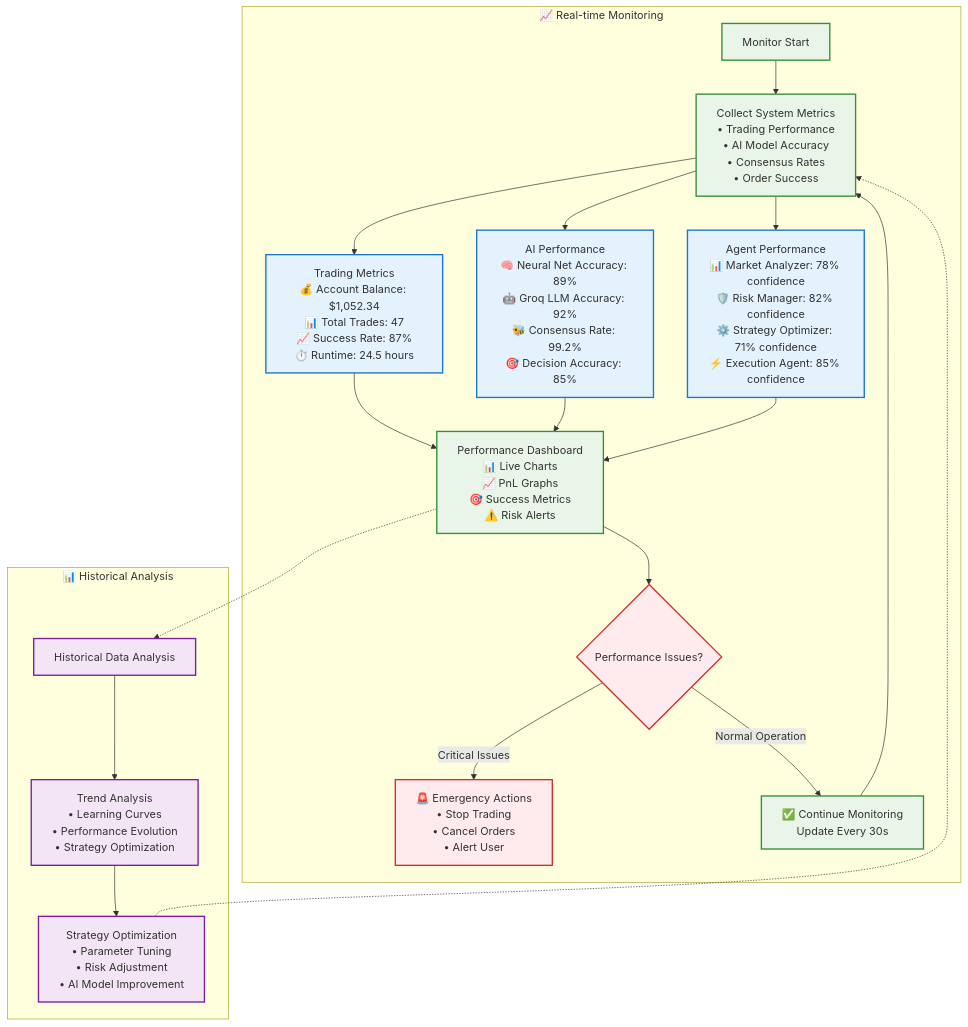
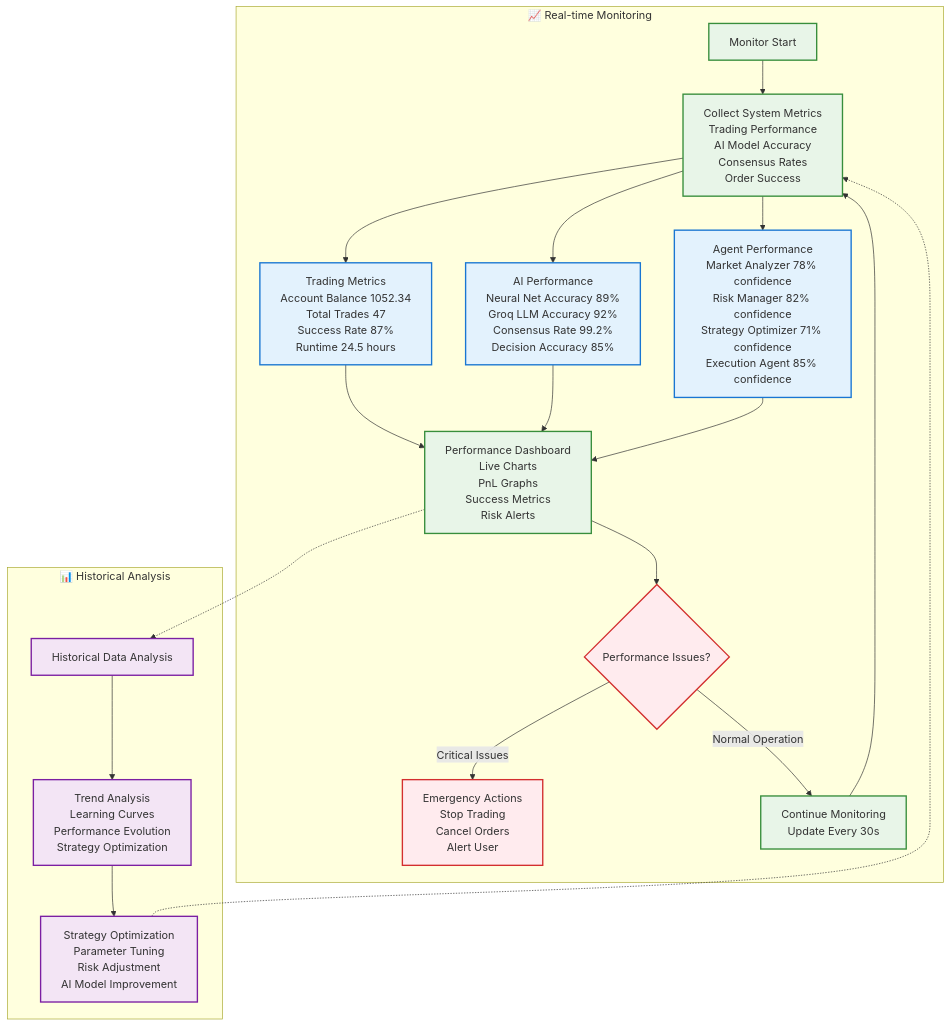
The fifth of 6 diagrams in AI_SWARM_SYSTEM_FLOW_DIAGRAM.md (Rahul-Prasad-07/Julia-bot), drawn with Mermaid before and after one commit. The commit also changed other lines of this file, not shown here.

````diff
--- a/AI_SWARM_SYSTEM_FLOW_DIAGRAM.md
+++ b/AI_SWARM_SYSTEM_FLOW_DIAGRAM.md
@@ -237,40 +237,40 @@
 ```mermaid
 graph TB
     subgraph "📈 Real-time Monitoring"
-        MONITOR_START[Monitor Start] --> COLLECT_METRICS[Collect System Metrics<br/>• Trading Performance<br/>• AI Model Accuracy<br/>• Consensus Rates<br/>• Order Success]
+        MONITOR_START[Monitor Start] --> COLLECT_METRICS[Collect System Metrics<br/>Trading Performance<br/>AI Model Accuracy<br/>Consensus Rates<br/>Order Success]
         
-        COLLECT_METRICS --> TRADING_METRICS[Trading Metrics<br/>💰 Account Balance: $1,052.34<br/>📊 Total Trades: 47<br/>📈 Success Rate: 87%<br/>⏱️ Runtime: 24.5 hours]
+        COLLECT_METRICS --> TRADING_METRICS[Trading Metrics<br/>Account Balance 1052.34<br/>Total Trades 47<br/>Success Rate 87%<br/>Runtime 24.5 hours]
         
-        COLLECT_METRICS --> AI_METRICS[AI Performance<br/>🧠 Neural Net Accuracy: 89%<br/>🤖 Groq LLM Accuracy: 92%<br/>🐝 Consensus Rate: 99.2%<br/>🎯 Decision Accuracy: 85%]
+        COLLECT_METRICS --> AI_METRICS[AI Performance<br/>Neural Net Accuracy 89%<br/>Groq LLM Accuracy 92%<br/>Consensus Rate 99.2%<br/>Decision Accuracy 85%]
         
-        COLLECT_METRICS --> AGENT_METRICS[Agent Performance<br/>📊 Market Analyzer: 78% confidence<br/>🛡️ Risk Manager: 82% confidence<br/>⚙️ Strategy Optimizer: 71% confidence<br/>⚡ Execution Agent: 85% confidence]
+        COLLECT_METRICS --> AGENT_METRICS[Agent Performance<br/>Market Analyzer 78% confidence<br/>Risk Manager 82% confidence<br/>Strategy Optimizer 71% confidence<br/>Execution Agent 85% confidence]
         
-        TRADING_METRICS --> DASHBOARD[Performance Dashboard<br/>📊 Live Charts<br/>📈 PnL Graphs<br/>🎯 Success Metrics<br/>⚠️ Risk Alerts]
+        TRADING_METRICS --> DASHBOARD[Performance Dashboard<br/>Live Charts<br/>PnL Graphs<br/>Success Metrics<br/>Risk Alerts]
         AI_METRICS --> DASHBOARD
         AGENT_METRICS --> DASHBOARD
         
         DASHBOARD --> ALERTS{Performance Issues?}
-        ALERTS -->|Critical Issues| EMERGENCY[🚨 Emergency Actions<br/>• Stop Trading<br/>• Cancel Orders<br/>• Alert User]
-        ALERTS -->|Normal Operation| CONTINUE[✅ Continue Monitoring<br/>Update Every 30s]
+        ALERTS -->|Critical Issues| EMERGENCY[Emergency Actions<br/>Stop Trading<br/>Cancel Orders<br/>Alert User]
+        ALERTS -->|Normal Operation| CONTINUE[Continue Monitoring<br/>Update Every 30s]
         
         CONTINUE --> COLLECT_METRICS
     end
 
     subgraph "📊 Historical Analysis"
-        HISTORICAL[Historical Data Analysis] --> TREND_ANALYSIS[Trend Analysis<br/>• Learning Curves<br/>• Performance Evolution<br/>• Strategy Optimization]
-        TREND_ANALYSIS --> OPTIMIZATION[Strategy Optimization<br/>• Parameter Tuning<br/>• Risk Adjustment<br/>• AI Model Improvement]
+        HISTORICAL[Historical Data Analysis] --> TREND_ANALYSIS[Trend Analysis<br/>Learning Curves<br/>Performance Evolution<br/>Strategy Optimization]
+        TREND_ANALYSIS --> OPTIMIZATION[Strategy Optimization<br/>Parameter Tuning<br/>Risk Adjustment<br/>AI Model Improvement]
     end
 
     DASHBOARD -.-> HISTORICAL
     OPTIMIZATION -.-> COLLECT_METRICS
 
     classDef monitorNode fill:#e8f5e8,stroke:#388e3c,stroke-width:2px
     classDef metricsNode fill:#e3f2fd,stroke:#1976d2,stroke-width:2px
     classDef alertNode fill:#ffebee,stroke:#d32f2f,stroke-width:2px
     classDef analysisNode fill:#f3e5f5,stroke:#7b1fa2,stroke-width:2px
 
     class MONITOR_START,COLLECT_METRICS,DASHBOARD,CONTINUE monitorNode
     class TRADING_METRICS,AI_METRICS,AGENT_METRICS metricsNode
     class ALERTS,EMERGENCY alertNode
     class HISTORICAL,TREND_ANALYSIS,OPTIMIZATION analysisNode
 ```
````
